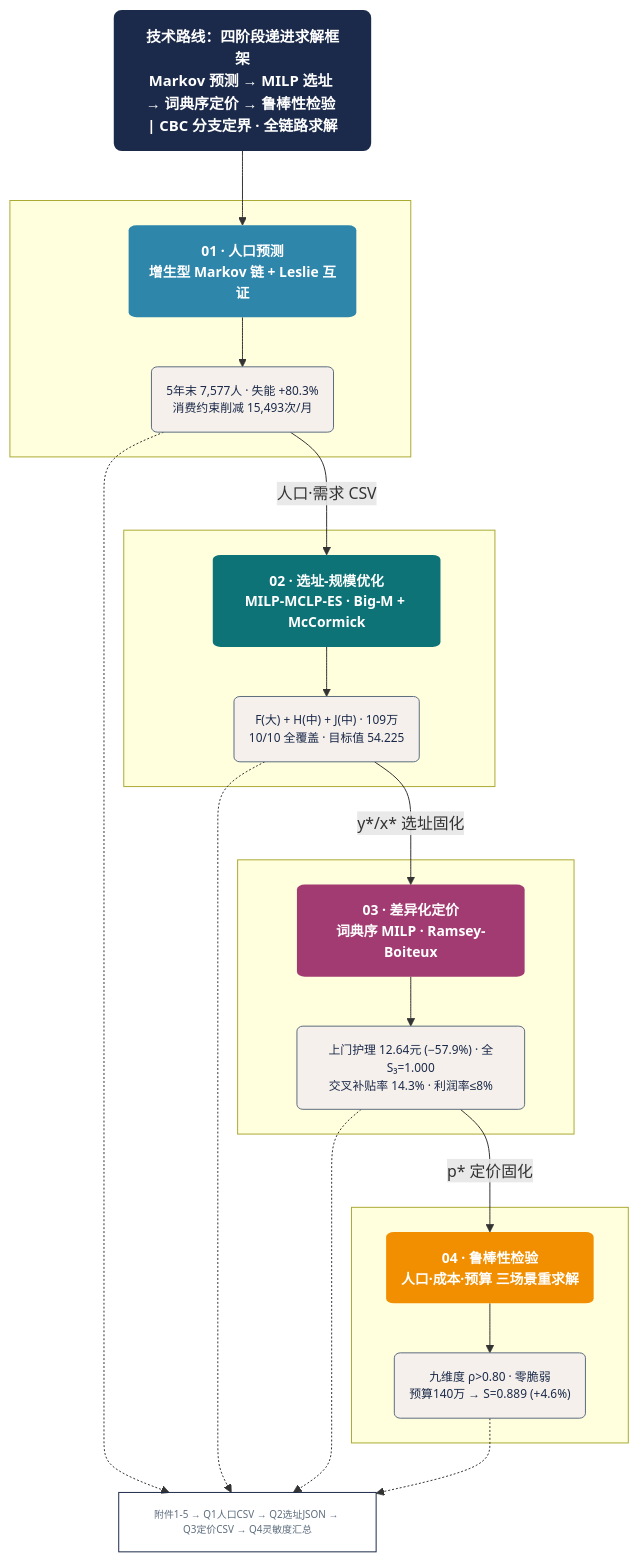
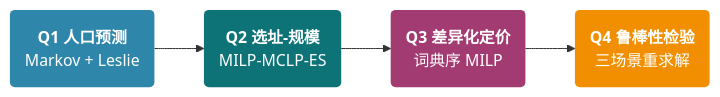
The diagram in README.md (ZaxWave/EECMCM-2026-B-Solution-CareStation-Integrated-Analysis), drawn with Mermaid before and after one commit.

Commit message:
style: 简化Mermaid流程图，四色节点左到右

````diff
--- a/README.md
+++ b/README.md
@@ -6,56 +6,11 @@
 ```mermaid
-graph TB
-    %% ═══ Styles ═══
-    classDef base fill:#1B2A4A,stroke:none,color:#FFFFFF,rx:8,font-size:15px,font-weight:bold
-    classDef q1 fill:#2E86AB,stroke:none,color:#FFF,rx:8,font-size:14px,font-weight:bold
-    classDef q2 fill:#0D7377,stroke:none,color:#FFF,rx:8,font-size:14px,font-weight:bold
-    classDef q3 fill:#A23B72,stroke:none,color:#FFF,rx:8,font-size:14px,font-weight:bold
-    classDef q4 fill:#F18F01,stroke:none,color:#FFF,rx:8,font-size:14px,font-weight:bold
-    classDef out fill:#F5F0EB,stroke:#5D6D7E,color:#1B2A4A,rx:6,font-size:12px
-    classDef data fill:#E8E8E8,stroke:#5D6D7E,color:#5D6D7E,rx:4,font-size:11px,stroke-dasharray:4 2
-    classDef track fill:none,stroke:#1B2A4A,color:#5D6D7E,font-size:10px
+graph LR
+    q1("<b>Q1 人口预测</b><br/>Markov + Leslie") --> q2("<b>Q2 选址-规模</b><br/>MILP-MCLP-ES")
+    q2 --> q3("<b>Q3 差异化定价</b><br/>词典序 MILP")
+    q3 --> q4("<b>Q4 鲁棒性检验</b><br/>三场景重求解")
 
-    %% ═══ Title ═══
-    title["<b>技术路线：四阶段递进求解框架</b><br/>Markov 预测 → MILP 选址 → 词典序定价 → 鲁棒性检验 | CBC 分支定界 · 全链路求解"]:::base
-
-    %% ═══ Q1 ═══
-    subgraph S1[" "]
-        q1n("<b>01 · 人口预测</b><br/>增生型 Markov 链 + Leslie 互证"):::q1
-        q1o("5年末 7,577人 · 失能 +80.3%<br/>消费约束削减 15,493次/月"):::out
-    end
-
-    %% ═══ Q2 ═══
-    subgraph S2[" "]
-        q2n("<b>02 · 选址-规模优化</b><br/>MILP-MCLP-ES · Big-M + McCormick"):::q2
-        q2o("F(大) + H(中) + J(中) · 109万<br/>10/10 全覆盖 · 目标值 54.225"):::out
-    end
-
-    %% ═══ Q3 ═══
-    subgraph S3[" "]
-        q3n("<b>03 · 差异化定价</b><br/>词典序 MILP · Ramsey-Boiteux"):::q3
-        q3o("上门护理 12.64元 (−57.9%) · 全S₃=1.000<br/>交叉补贴率 14.3% · 利润率≤8%"):::out
-    end
-
-    %% ═══ Q4 ═══
-    subgraph S4[" "]
-        q4n("<b>04 · 鲁棒性检验</b><br/>人口·成本·预算 三场景重求解"):::q4
-        q4o("九维度 ρ>0.80 · 零脆弱<br/>预算140万 → S=0.889 (+4.6%)"):::out
-    end
-
-    %% ═══ Edges ═══
-    title --> q1n
-    q1n --> q1o
-    q1o -->|"人口·需求 CSV"| q2n
-    q2n --> q2o
-    q2o -->|"y*/x* 选址固化"| q3n
-    q3n --> q3o
-    q3o -->|"p* 定价固化"| q4n
-    q4n --> q4o
-
-    %% ═══ Data pipeline ═══
-    pipeline["附件1-5 → Q1人口CSV → Q2选址JSON → Q3定价CSV → Q4灵敏度汇总"]:::track
-    q1o -.-> pipeline
-    q2o -.-> pipeline
-    q3o -.-> pipeline
-    q4o -.-> pipeline
+    style q1 fill:#2E86AB,color:#fff,stroke:none
+    style q2 fill:#0D7377,color:#fff,stroke:none
+    style q3 fill:#A23B72,color:#fff,stroke:none
+    style q4 fill:#F18F01,color:#fff,stroke:none
 ```
````
